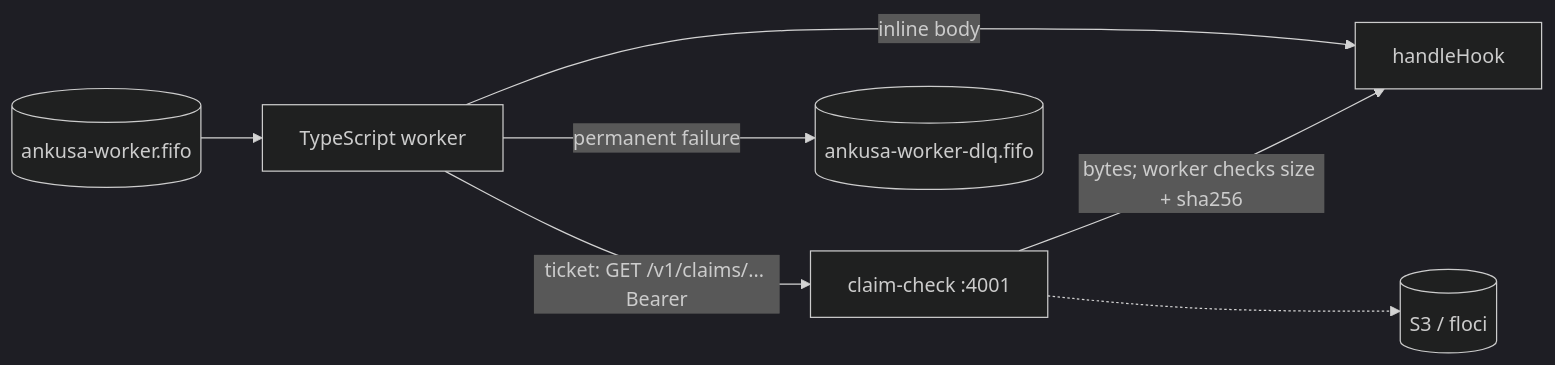
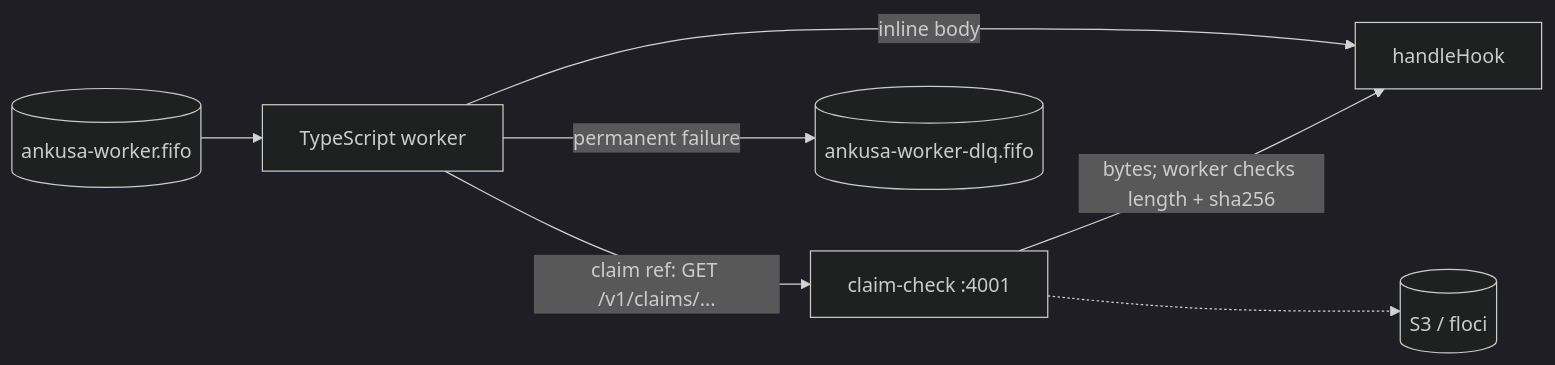
Before and after one commit to jamescarr/ankusa: the fourth of 4 diagrams in examples/kafka-sqs-consumer/README.md, drawn with Mermaid (dark theme). The commit also changed other lines of this file and 67 other files, not shown here.

````diff
--- a/examples/kafka-sqs-consumer/README.md
+++ b/examples/kafka-sqs-consumer/README.md
@@ -59,9 +60,9 @@
 ```mermaid
 flowchart LR
     Q[("ankusa-worker.fifo")] --> W[TypeScript worker]
     W -->|inline body| H[handleHook]
-    W -->|"ticket: GET /v1/claims/... Bearer"| CC[claim-check :4001]
+    W -->|"claim ref: GET /v1/claims/..."| CC[claim-check :4001]
     CC -.-> S[(S3 / floci)]
-    CC -->|"bytes; worker checks size + sha256"| H
+    CC -->|"bytes; worker checks length + sha256"| H
     W -->|permanent failure| D[("ankusa-worker-dlq.fifo")]
 ```
````
